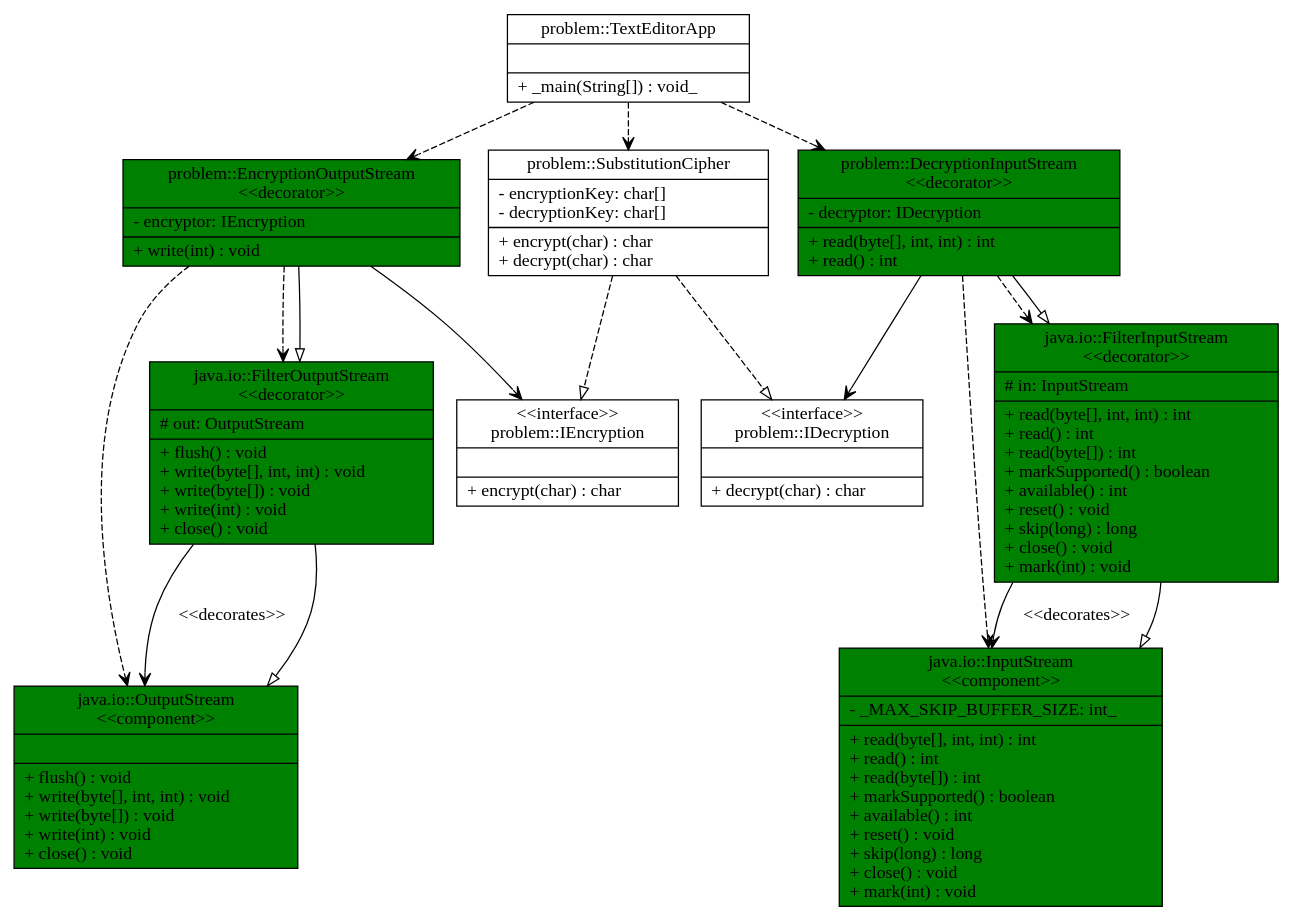
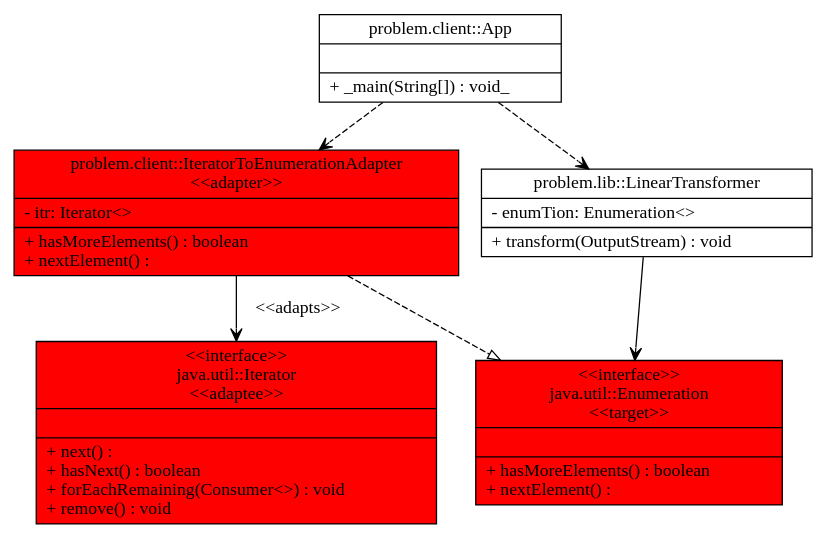
The diagram in input_output/text.dot (pastorsj/LegendaryPatterns), drawn with Graphviz before and after one commit. The commit also changed 5 other files, not shown here.

```diff
--- a/input_output/text.dot
+++ b/input_output/text.dot
@@ -1,136 +1,53 @@
 digraph G{
 	node [shape = "record"]
-javaioOutputStream [
-	label = "{java.io::OutputStream\n\<\<component\>\>|
+problemclientIteratorToEnumerationAdapter [
+	label = "{problem.client::IteratorToEnumerationAdapter\n\<\<adapter\>\>|
+	- itr: Iterator\<\>\l
 	|
-	+ flush() : void\l
-	+ write(byte[], int, int) : void\l
-	+ write(byte[]) : void\l
-	+ write(int) : void\l
-	+ close() : void\l
+	+ hasMoreElements() : boolean\l
+	+ nextElement() : \l
 	}"
 	style = "filled"
-fillcolor = "green"]
-problemIDecryption [
-	label = "{\<\<interface\>\>\nproblem::IDecryption|
+fillcolor = red]
+problemlibLinearTransformer [
+	label = "{problem.lib::LinearTransformer|
+	- enumTion: Enumeration\<\>\l
 	|
-	+ decrypt(char) : char\l
+	+ transform(OutputStream) : void\l
 	}"
 	]
-problemIEncryption [
-	label = "{\<\<interface\>\>\nproblem::IEncryption|
-	|
-	+ encrypt(char) : char\l
-	}"
-	]
-javaioInputStream [
-	label = "{java.io::InputStream\n\<\<component\>\>|
-	- _MAX_SKIP_BUFFER_SIZE: int_\l
-	|
-	+ read(byte[], int, int) : int\l
-	+ read() : int\l
-	+ read(byte[]) : int\l
-	+ markSupported() : boolean\l
-	+ available() : int\l
-	+ reset() : void\l
-	+ skip(long) : long\l
-	+ close() : void\l
-	+ mark(int) : void\l
-	}"
-	style = "filled"
-fillcolor = "green"]
-problemDecryptionInputStream [
-	label = "{problem::DecryptionInputStream\n\<\<decorator\>\>|
-	- decryptor: IDecryption\l
-	|
-	+ read(byte[], int, int) : int\l
-	+ read() : int\l
-	}"
-	style = "filled"
-fillcolor = "green"]
-problemSubstitutionCipher [
-	label = "{problem::SubstitutionCipher|
-	- encryptionKey: char[]\l
-	- decryptionKey: char[]\l
-	|
-	+ encrypt(char) : char\l
-	+ decrypt(char) : char\l
-	}"
-	]
-problemTextEditorApp [
-	label = "{problem::TextEditorApp|
+problemclientApp [
+	label = "{problem.client::App|
 	|
 	+ _main(String[]) : void_\l
 	}"
 	]
-problemEncryptionOutputStream [
-	label = "{problem::EncryptionOutputStream\n\<\<decorator\>\>|
-	- encryptor: IEncryption\l
+javautilEnumeration [
+	label = "{\<\<interface\>\>\njava.util::Enumeration\n\<\<target\>\>|
 	|
-	+ write(int) : void\l
+	+ hasMoreElements() : boolean\l
+	+ nextElement() : \l
 	}"
 	style = "filled"
-fillcolor = "green"]
-javaioFilterInputStream [
-	label = "{java.io::FilterInputStream\n\<\<decorator\>\>|
-	# in: InputStream\l
+fillcolor = red]
+javautilIterator [
+	label = "{\<\<interface\>\>\njava.util::Iterator\n\<\<adaptee\>\>|
 	|
-	+ read(byte[], int, int) : int\l
-	+ read() : int\l
-	+ read(byte[]) : int\l
-	+ markSupported() : boolean\l
-	+ available() : int\l
-	+ reset() : void\l
-	+ skip(long) : long\l
-	+ close() : void\l
-	+ mark(int) : void\l
+	+ next() : \l
+	+ hasNext() : boolean\l
+	+ forEachRemaining(Consumer\<\>) : void\l
+	+ remove() : void\l
 	}"
 	style = "filled"
-fillcolor = "green"]
-javaioFilterOutputStream [
-	label = "{java.io::FilterOutputStream\n\<\<decorator\>\>|
-	# out: OutputStream\l
-	|
-	+ flush() : void\l
-	+ write(byte[], int, int) : void\l
-	+ write(byte[]) : void\l
-	+ write(int) : void\l
-	+ close() : void\l
-	}"
-	style = "filled"
-fillcolor = "green"]
+fillcolor = red]
+	edge [style = "solid"] [arrowhead = "open"]
+	[label = "\<\<adapts\>\>"]problemclientIteratorToEnumerationAdapter->javautilIterator
+	edge [style = "dashed"] [arrowhead = "empty"]
+	[label = ""]problemclientIteratorToEnumerationAdapter->javautilEnumeration
+	edge [style = "solid"] [arrowhead = "open"]
+	[label = ""]problemlibLinearTransformer->javautilEnumeration
 	edge [style = "dashed"] [arrowhead = "open"]
-	[label = ""]problemDecryptionInputStream->javaioInputStream
+	[label = ""]problemclientApp->problemclientIteratorToEnumerationAdapter
 	edge [style = "dashed"] [arrowhead = "open"]
-	[label = ""]problemDecryptionInputStream->javaioFilterInputStream
-	edge [style = "solid"] [arrowhead = "open"]
-	[label = ""]problemDecryptionInputStream->problemIDecryption
-	edge [style = "solid"] [arrowhead = "empty"]
-	[label = ""]problemDecryptionInputStream->javaioFilterInputStream
-	edge [style = "dashed"] [arrowhead = "empty"]
-	[label = ""]problemSubstitutionCipher->problemIEncryption
-	edge [style = "dashed"] [arrowhead = "empty"]
-	[label = ""]problemSubstitutionCipher->problemIDecryption
-	edge [style = "dashed"] [arrowhead = "open"]
-	[label = ""]problemTextEditorApp->problemDecryptionInputStream
-	edge [style = "dashed"] [arrowhead = "open"]
-	[label = ""]problemTextEditorApp->problemSubstitutionCipher
-	edge [style = "dashed"] [arrowhead = "open"]
-	[label = ""]problemTextEditorApp->problemEncryptionOutputStream
-	edge [style = "dashed"] [arrowhead = "open"]
-	[label = ""]problemEncryptionOutputStream->javaioOutputStream
-	edge [style = "dashed"] [arrowhead = "open"]
-	[label = ""]problemEncryptionOutputStream->javaioFilterOutputStream
-	edge [style = "solid"] [arrowhead = "open"]
-	[label = ""]problemEncryptionOutputStream->problemIEncryption
-	edge [style = "solid"] [arrowhead = "empty"]
-	[label = ""]problemEncryptionOutputStream->javaioFilterOutputStream
-	edge [style = "solid"] [arrowhead = "open"]
-	[label = "\<\<decorates\>\>"]javaioFilterInputStream->javaioInputStream
-	edge [style = "solid"] [arrowhead = "empty"]
-	[label = ""]javaioFilterInputStream->javaioInputStream
-	edge [style = "solid"] [arrowhead = "open"]
-	[label = "\<\<decorates\>\>"]javaioFilterOutputStream->javaioOutputStream
-	edge [style = "solid"] [arrowhead = "empty"]
-	[label = ""]javaioFilterOutputStream->javaioOutputStream
+	[label = ""]problemclientApp->problemlibLinearTransformer
 }
```
